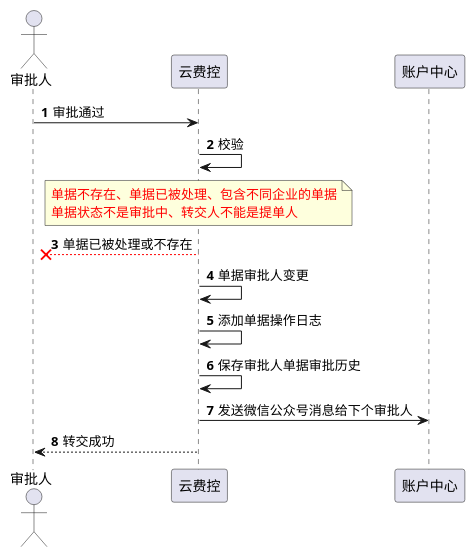
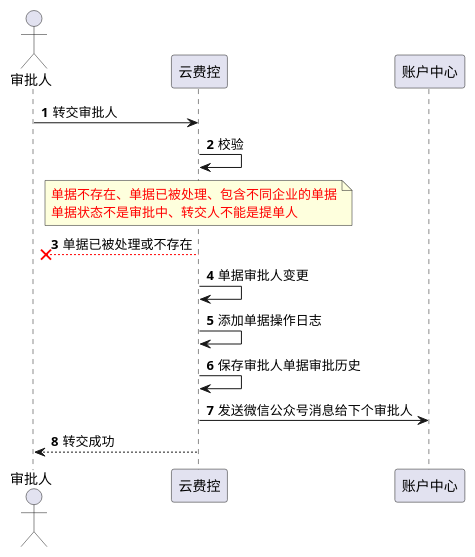
Before and after one commit to whfdlp/easyboot: the diagram in src/main/java/whf/easy/boot/web/审批转交.puml, drawn with PlantUML.

```diff
--- a/src/main/java/whf/easy/boot/web/审批转交.puml
+++ b/src/main/java/whf/easy/boot/web/审批转交.puml
@@ -1,26 +1,26 @@
 @startuml
 'https://plantuml.com/sequence-diagram
 
 autonumber
 actor 审批人
 participant 审批人 order 10
 participant 云费控 order 20
 participant 账户中心 order 50
-审批人 -> 云费控:审批通过
+审批人 -> 云费控:转交审批人
 
 云费控 -> 云费控:校验
 note over 云费控
   <color #Red>单据不存在、单据已被处理、包含不同企业的单据</color>
   <color #Red>单据状态不是审批中、转交人不能是提单人</color>
 end note
 云费控 -[#Red]->x 审批人:单据已被处理或不存在
 云费控 -> 云费控:单据审批人变更
 云费控 -> 云费控:添加单据操作日志
 云费控 -> 云费控:保存审批人单据审批历史
 
 云费控 -> 账户中心:发送微信公众号消息给下个审批人
 云费控 --> 审批人: 转交成功
 
 
 
 @endumlA
```
